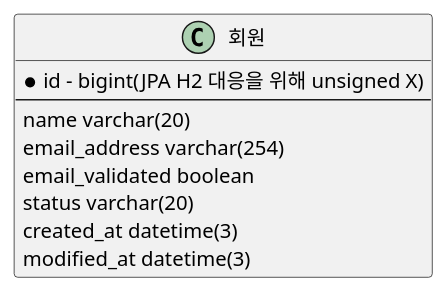
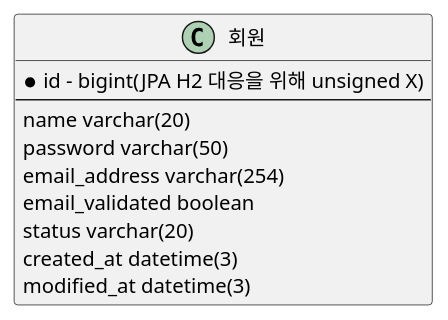
The diagram in .uml/member/Domain.puml (dykim-base-project/boot2-hexagonal), drawn with PlantUML before and after one commit. The commit also changed 33 other files, not shown here.

Commit message:
fix: README, uml, flyway sql 보완, 이메일 useCase 수정, entity 길이 설정

```diff
--- a/.uml/member/Domain.puml
+++ b/.uml/member/Domain.puml
@@ -1,13 +1,14 @@
 @startuml
 
 class "회원" as member {
     * id - bigint(JPA H2 대응을 위해 unsigned X)
     ---
     name varchar(20)
+    password varchar(50)
     email_address varchar(254)
     email_validated boolean
     status varchar(20)
     created_at datetime(3)
     modified_at datetime(3)
 }
 @enduml
```
